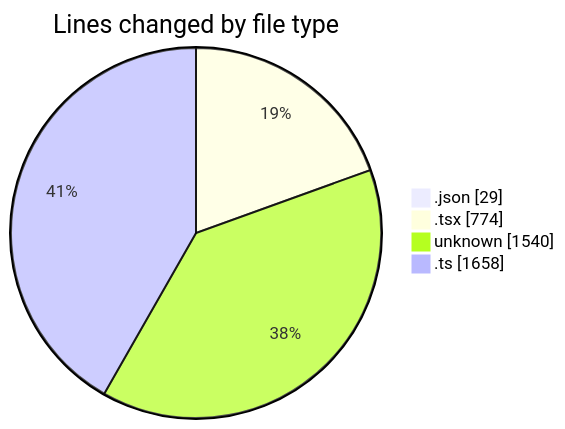
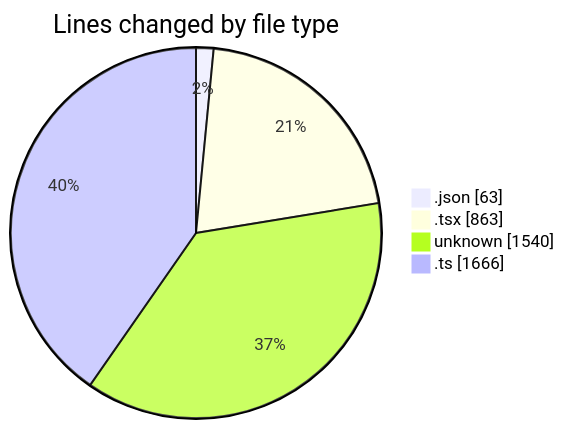
One commit to ernivani/code-tracking changed the first of 2 diagrams in 2025-01-03/nextjs-webllm/README.md. Above: the diagram before and after it, drawn with Mermaid. The commit also changed other lines of this file and 5 other files, not shown here.

````diff
--- a/2025-01-03/nextjs-webllm/README.md
+++ b/2025-01-03/nextjs-webllm/README.md
@@ -32,8 +36,8 @@
 ```mermaid
 pie showData
 title Lines changed by file type
-".json" : 29
-".tsx" : 774
+".json" : 63
+".tsx" : 863
 "unknown" : 1540
-".ts" : 1658
+".ts" : 1666
 ```
````
